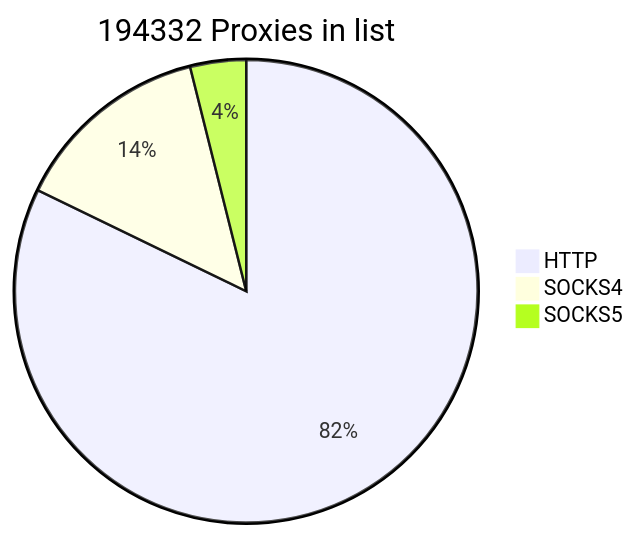
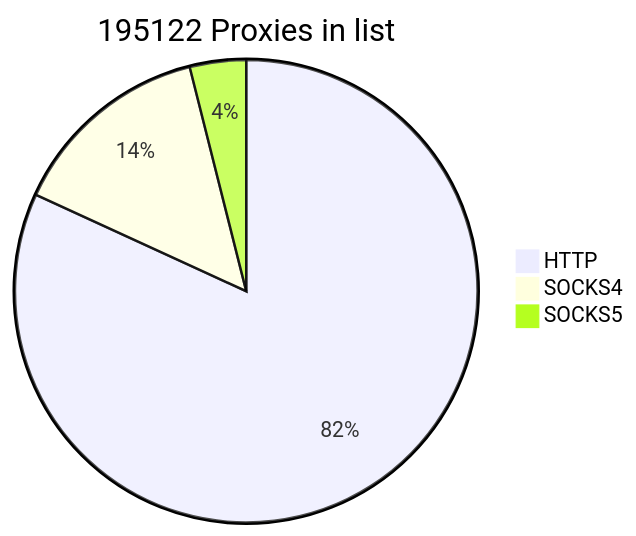
The first of 2 diagrams in README.md (cutipu/proxylist), drawn with Mermaid before and after one commit. The commit also changed other lines of this file, not shown here.

````diff
--- a/README.md
+++ b/README.md
@@ -2,7 +2,7 @@
 ```mermaid
-pie title 194332 Proxies in list
+pie title 195122 Proxies in list
     "HTTP" : 159706
-    "SOCKS4" : 27038
-    "SOCKS5" : 7588
+    "SOCKS4" : 27744
+    "SOCKS5" : 7672
             
 ```
````
